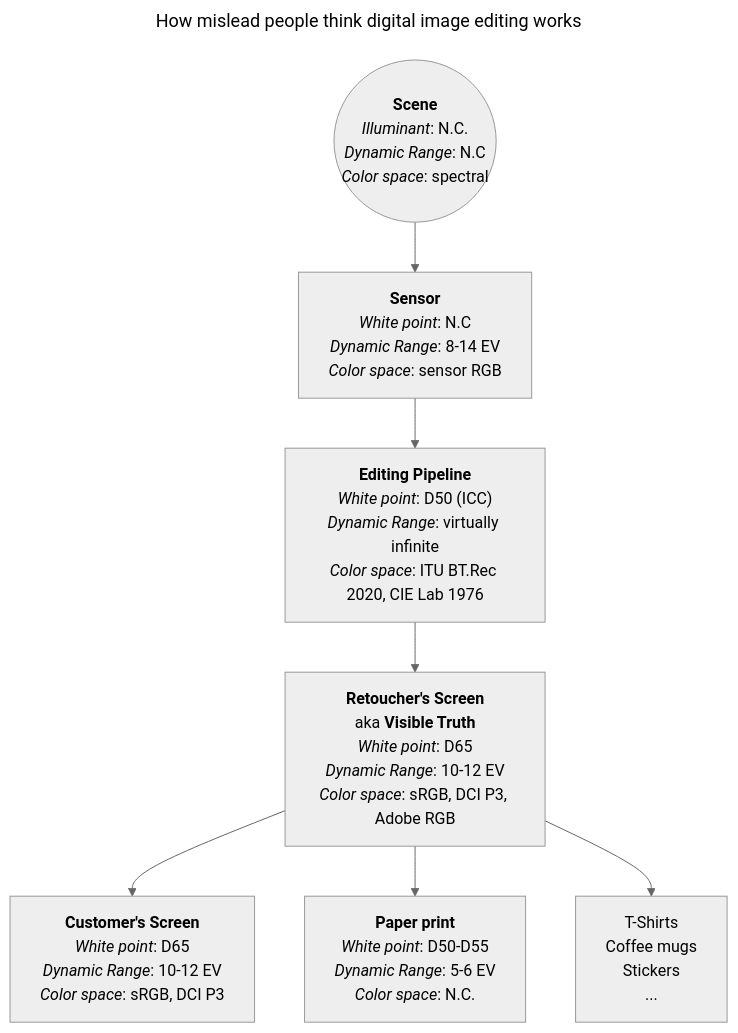
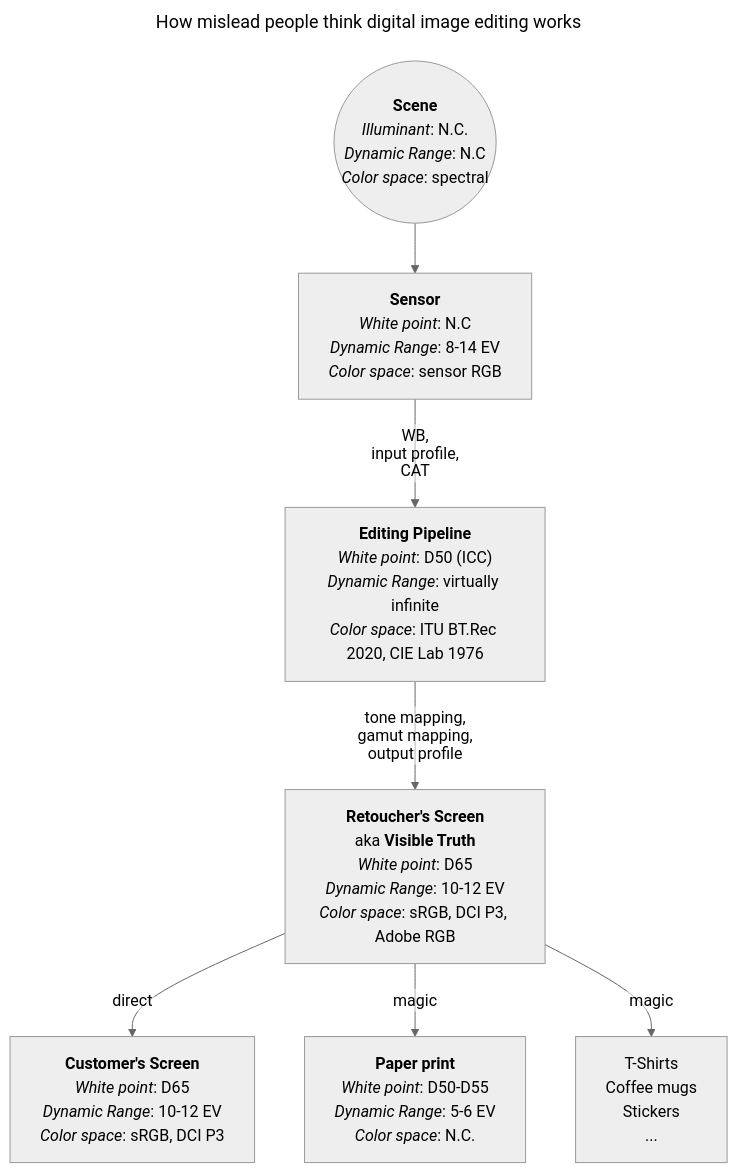
One commit to aurelienpierreeng/ansel-website changed the second of 3 diagrams in content/resources/white-balances/index.en.md. Above: the diagram before and after it, drawn with Mermaid (neutral theme). The commit also changed other lines of this file and 7 other files, not shown here.

````diff
--- a/content/resources/white-balances/index.en.md
+++ b/content/resources/white-balances/index.en.md
@@ -94,36 +134,40 @@
 ```mermaid
 ---
 title: How mislead people think digital image editing works
 ---
 %%{init: {"flowchart": {"htmlLabels": false}} }%%
 flowchart TD;
 Scene(("`__Scene__
 _Illuminant_: N.C.
 _Dynamic Range_: N.C
 _Color space_: spectral`"))
  --> Sensor["`__Sensor__
 _White point_: N.C
 _Dynamic Range_: 8-14 EV
 _Color space_: sensor RGB`"]
-Sensor --> Pipeline["`__Editing Pipeline__
+Sensor --"`WB,
+input profile,
+CAT`" --> Pipeline["`__Editing Pipeline__
 _White point_: D50 (ICC)
 _Dynamic Range_: virtually infinite
 _Color space_: ITU BT.Rec 2020, CIE Lab 1976`"]
-Pipeline --> Screen["`__Retoucher's Screen__
+Pipeline --"`tone mapping,
+gamut mapping,
+output profile`" --> Screen["`__Retoucher's Screen__
 aka __Visible Truth__
 _White point_: D65
 _Dynamic Range_: 10-12 EV
 _Color space_: sRGB, DCI P3, Adobe RGB`"]
-Screen --> ScreenC["`__Customer's Screen__
+Screen -- direct --> ScreenC["`__Customer's Screen__
 _White point_: D65
 _Dynamic Range_: 10-12 EV
 _Color space_: sRGB, DCI P3`"]
-Screen --> Paper["`__Paper print__
+Screen -- magic --> Paper["`__Paper print__
 _White point_: D50-D55
 _Dynamic Range_: 5-6 EV
 _Color space_: N.C.`"]
-Screen --> T["`T-Shirts
+Screen -- magic --> T["`T-Shirts
 Coffee mugs
 Stickers
 ...`"]
 ```
````
